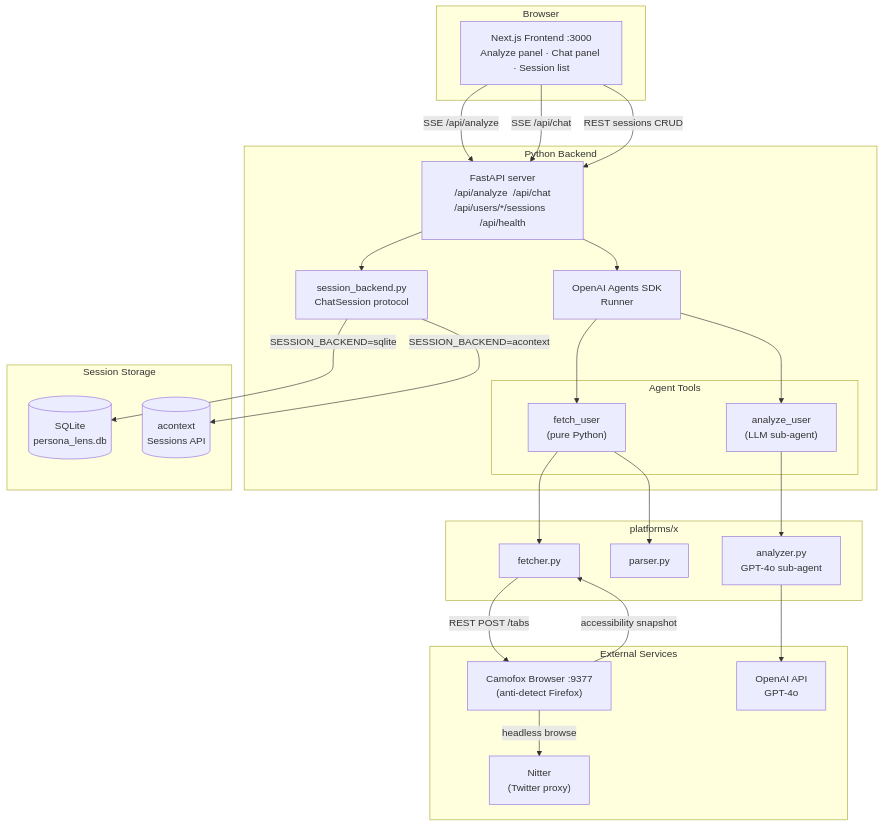
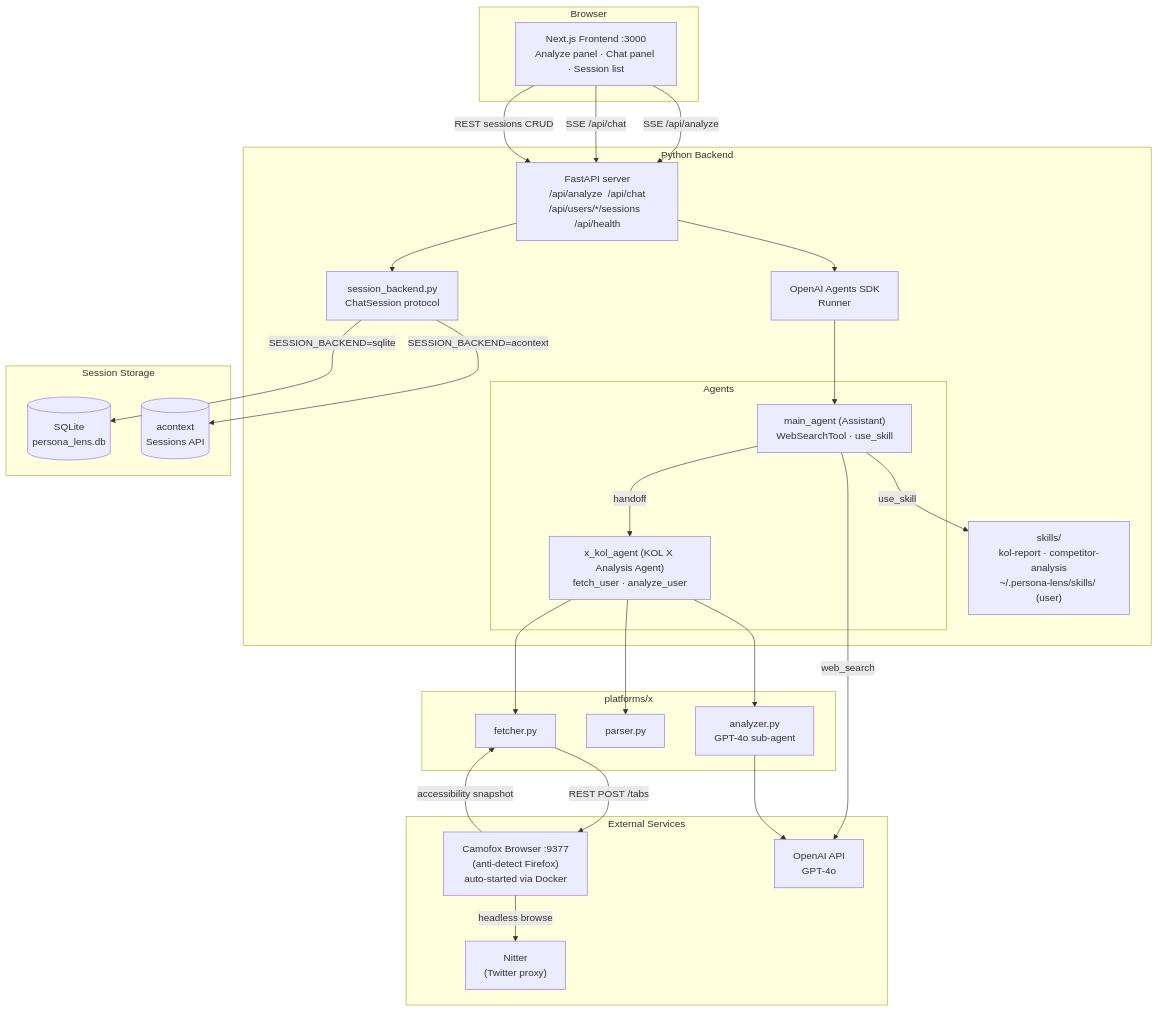
One commit to jinjiaKarl/persona-lens changed the diagram in README.md. Above: the diagram before and after it, drawn with Mermaid. The commit also changed other lines of this file, not shown here.

First line of the commit message:
docs: update README to reflect multi-agent architecture

````diff
--- a/README.md
+++ b/README.md
@@ -106,57 +119,60 @@
 ```mermaid
 graph TB
     subgraph Browser["Browser"]
         FE["Next.js Frontend :3000\nAnalyze panel · Chat panel · Session list"]
     end
 
     subgraph Backend["Python Backend"]
         API["FastAPI server\n/api/analyze  /api/chat\n/api/users/*/sessions  /api/health"]
         Runner["OpenAI Agents SDK\nRunner"]
 
-        subgraph Tools["Agent Tools"]
-            FU["fetch_user\n(pure Python)"]
-            AU["analyze_user\n(LLM sub-agent)"]
+        subgraph Agents["Agents"]
+            MA["main_agent (Assistant)\nWebSearchTool · use_skill"]
+            XA["x_kol_agent (KOL X Analysis Agent)\nfetch_user · analyze_user"]
         end
 
         SB["session_backend.py\nChatSession protocol"]
+        Skills["skills/\nkol-report · competitor-analysis\n~/.persona-lens/skills/ (user)"]
     end
 
     subgraph X["platforms/x"]
         Fetcher["fetcher.py"]
         Parser["parser.py"]
         Analyzer["analyzer.py\nGPT-4o sub-agent"]
     end
 
     subgraph Storage["Session Storage"]
         SQLite[("SQLite\npersona_lens.db")]
         ACtx[("acontext\nSessions API")]
     end
 
     subgraph External["External Services"]
-        Camofox["Camofox Browser :9377\n(anti-detect Firefox)"]
+        Camofox["Camofox Browser :9377\n(anti-detect Firefox)\nauto-started via Docker"]
         Nitter["Nitter\n(Twitter proxy)"]
         OpenAI["OpenAI API\nGPT-4o"]
     end
 
     FE -->|"SSE  /api/analyze"| API
     FE -->|"SSE  /api/chat"| API
     FE -->|"REST  sessions CRUD"| API
 
     API --> Runner
     API --> SB
-    Runner --> FU
-    Runner --> AU
+    Runner --> MA
+    MA -->|"handoff"| XA
+    MA -->|"use_skill"| Skills
+    MA -->|"web_search"| OpenAI
 
-    FU --> Fetcher
-    FU --> Parser
-    AU --> Analyzer
+    XA --> Fetcher
+    XA --> Parser
+    XA --> Analyzer
 
     Fetcher -->|"REST  POST /tabs"| Camofox
     Camofox -->|"accessibility snapshot"| Fetcher
     Camofox -->|"headless browse"| Nitter
 
     Analyzer --> OpenAI
 
     SB -->|"SESSION_BACKEND=sqlite"| SQLite
     SB -->|"SESSION_BACKEND=acontext"| ACtx
 ```
````
